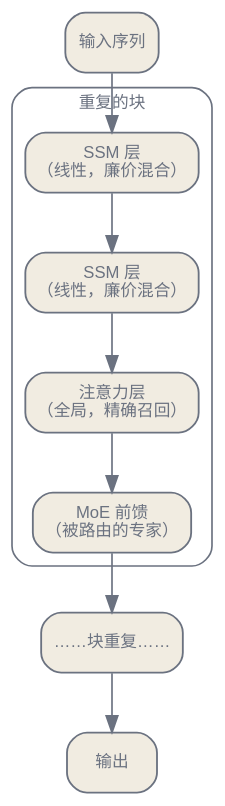
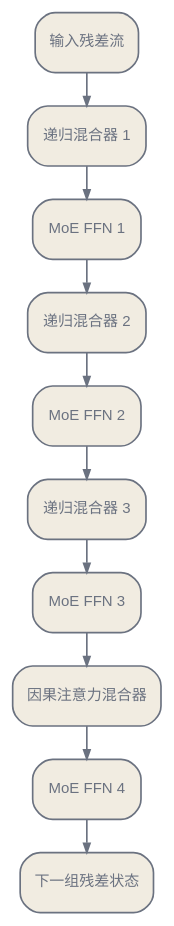
One commit to latere-ai/ai-as-an-infrastructure changed the second of 2 diagrams in zh/foundations/05-moe-ssm-hybrids.qmd. Above: the diagram before and after it, drawn with Graphviz. The commit also changed other lines of this file and 2 other files, not shown here.

Commit message:
docs: rewrite Chinese MoE and recurrent architectures chapter

````diff
--- a/zh/foundations/05-moe-ssm-hybrids.qmd
+++ b/zh/foundations/05-moe-ssm-hybrids.qmd
@@ -168,34 +313,24 @@
 ```{dot}
 //| label: fig-moe-hybrid-stack
-//| fig-cap: "一个混合堆叠组合了全部三种思想。多数层用线性 SSM 递归混合序列，少数层用全注意力实现精确召回，前馈的位置则是一个 MoE 层。取材自 Lieber 等，2024。"
-digraph {
+//| fig-cap: "一个用于说明结构的 3:1 混合周期。三个递归混合器和一个注意力混合器之后都接 MoE FFN。混合器排布与 FFN 选择是彼此独立的配置字段，并不存在普遍适用的块顺序。"
+digraph hybrid {
   bgcolor="transparent";
   rankdir=TB;
-  nodesep=0.4; ranksep=0.5;
-  node [shape=box, style="rounded,filled", fontname="Helvetica", fontsize=10, color="#6b7280", fontcolor="#6b7280", fillcolor="#f1ece1", penwidth=1.1];
-  edge [fontsize=10, fontname="Helvetica", color="#6b7280", fontcolor="#6b7280"];
+  nodesep=0.22; ranksep=0.28;
+  node [shape=box, style="rounded,filled", fontname="Helvetica", fontsize=9, color="#6b7280", fontcolor="#6b7280", fillcolor="#f1ece1", penwidth=1.0];
+  edge [fontsize=8, fontname="Helvetica", color="#6b7280", fontcolor="#6b7280", arrowsize=0.55];
 
-  in [label="输入序列"];
-  rep [label="……块重复……"];
-  out [label="输出"];
+  x [label="输入残差流"];
+  r1 [label="递归混合器 1"];
+  f1 [label="MoE FFN 1"];
+  r2 [label="递归混合器 2"];
+  f2 [label="MoE FFN 2"];
+  r3 [label="递归混合器 3"];
+  f3 [label="MoE FFN 3"];
+  a [label="因果注意力混合器"];
+  f4 [label="MoE FFN 4"];
+  y [label="下一组残差状态"];
 
-  subgraph cluster_block {
-    label="重复的块";
-    style=rounded;
-    color="#6b7280";
-    fontcolor="#6b7280";
-    fontsize=10;
-    L1 [label="SSM 层\n（线性，廉价混合）"];
-    L2 [label="SSM 层\n（线性，廉价混合）"];
-    L3 [label="注意力层\n（全局，精确召回）"];
-    L4 [label="MoE 前馈\n（被路由的专家）"];
-    L1 -> L2;
-    L2 -> L3;
-    L3 -> L4;
-  }
-
-  in -> L1;
-  L4 -> rep;
-  rep -> out;
+  x -> r1 -> f1 -> r2 -> f2 -> r3 -> f3 -> a -> f4 -> y;
 }
 ```
````
